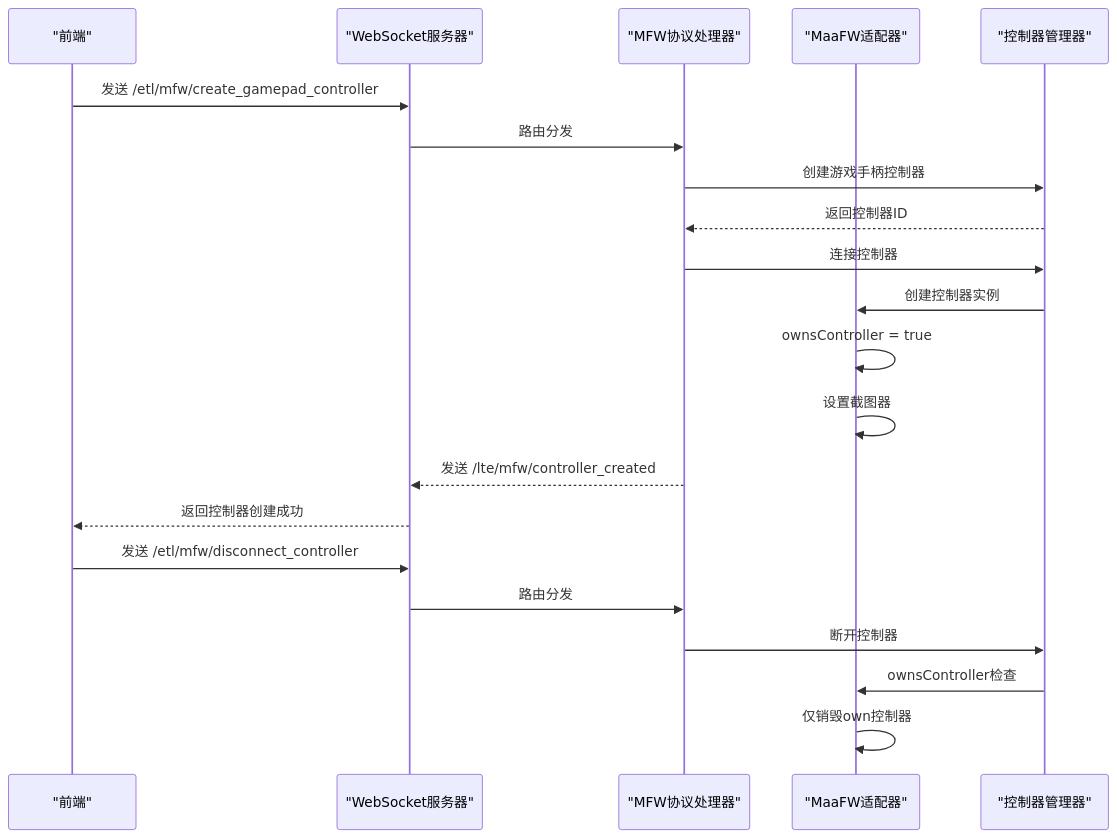
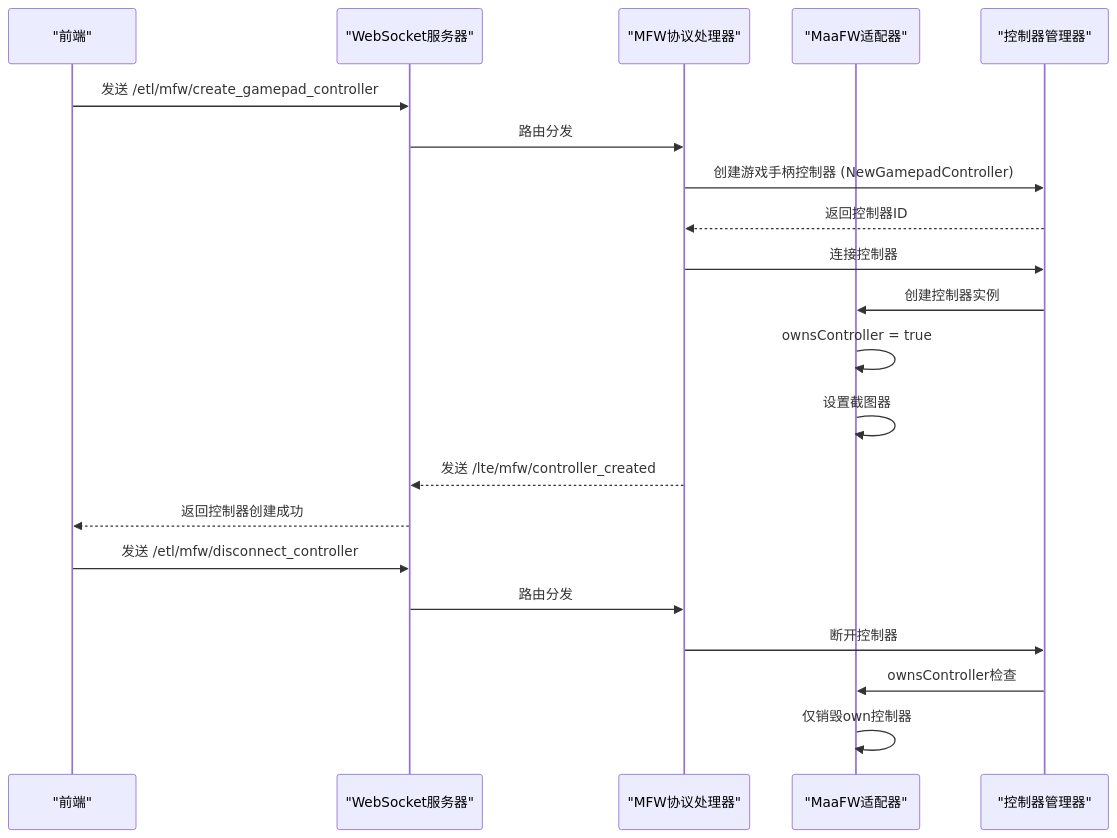
One commit to kqcoxn/MaaPipelineEditor changed the second of 3 diagrams in .qoder/repowiki/zh/content/开发者指南/LocalBridge 通信协议.md. Above: the diagram before and after it, drawn with Mermaid. The commit also changed other lines of this file and 6 other files, not shown here.

````diff
--- a/.qoder/repowiki/zh/content/开发者指南/LocalBridge 通信协议.md
+++ b/.qoder/repowiki/zh/content/开发者指南/LocalBridge 通信协议.md
@@ -179,23 +214,23 @@
 ```mermaid
 sequenceDiagram
 participant FE as "前端"
 participant WS as "WebSocket服务器"
 participant MFWH as "MFW协议处理器"
 participant ADP as "MaaFW适配器"
 participant CM as "控制器管理器"
 FE->>WS : 发送 /etl/mfw/create_gamepad_controller
 WS->>MFWH : 路由分发
-MFWH->>CM : 创建游戏手柄控制器
+MFWH->>CM : 创建游戏手柄控制器 (NewGamepadController)
 CM-->>MFWH : 返回控制器ID
 MFWH->>CM : 连接控制器
 CM->>ADP : 创建控制器实例
 ADP->>ADP : ownsController = true
 ADP->>ADP : 设置截图器
 MFWH-->>WS : 发送 /lte/mfw/controller_created
 WS-->>FE : 返回控制器创建成功
 FE->>WS : 发送 /etl/mfw/disconnect_controller
 WS->>MFWH : 路由分发
 MFWH->>CM : 断开控制器
 CM->>ADP : ownsController检查
 ADP->>ADP : 仅销毁own控制器
 ```
````
